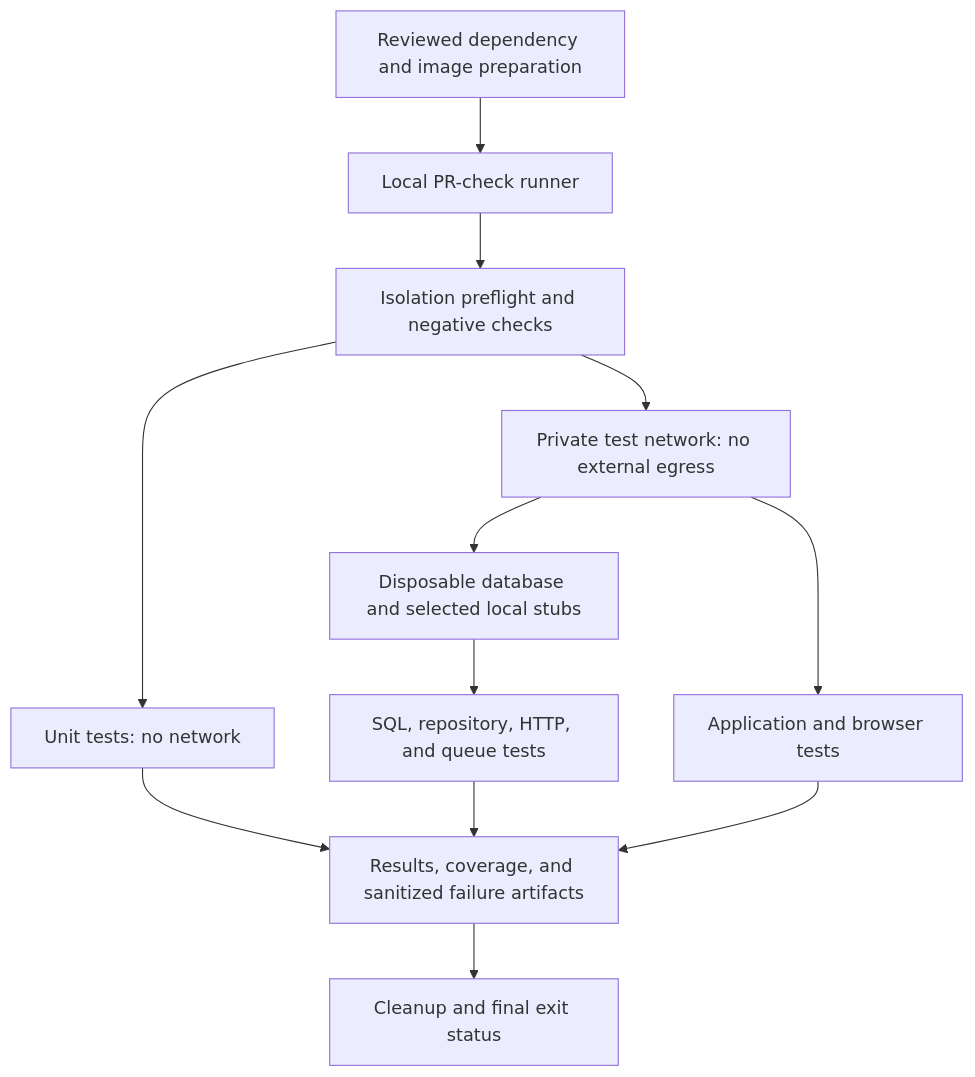
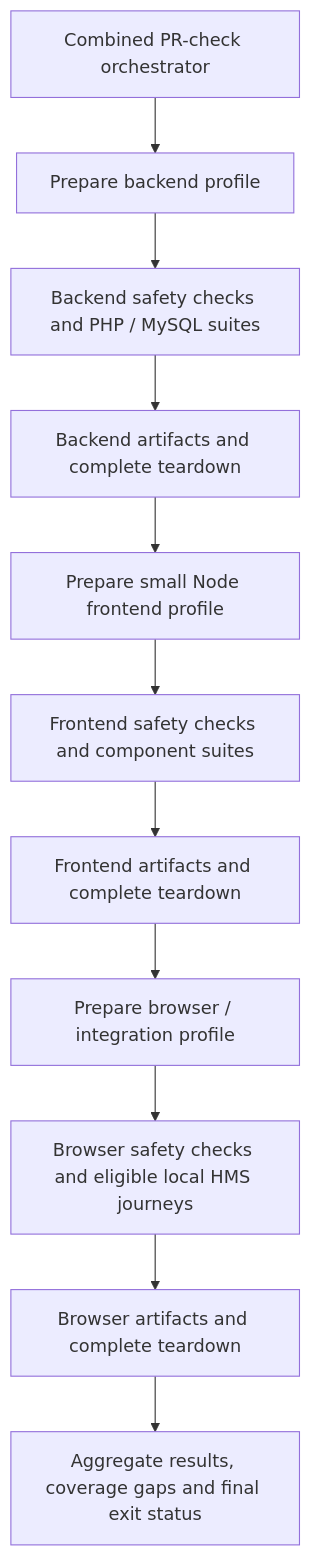
Before and after one commit to GregoryPye/hms2: the diagram in docs/tasks/#TBD_tools_regression_test_harness.md, drawn with Mermaid. The commit also changed other lines of this file and 26 other files, not shown here.

Commit message:
Test harness stage 2A - foundations and three-profile split

````diff
--- a/docs/tasks/#TBD_tools_regression_test_harness.md
+++ b/docs/tasks/#TBD_tools_regression_test_harness.md
@@ -110,14 +129,13 @@
 ```mermaid
 flowchart TD
-    A[Reviewed dependency and image preparation] --> B[Local PR-check runner]
-    B --> C[Isolation preflight and negative checks]
-    C --> D[Unit tests: no network]
-    C --> E[Private test network: no external egress]
-    E --> F[Disposable database and selected local stubs]
-    F --> G[SQL, repository, HTTP, and queue tests]
-    E --> H[Application and browser tests]
-    D --> I[Results, coverage, and sanitized failure artifacts]
-    G --> I
-    H --> I
-    I --> J[Cleanup and final exit status]
+    A[Combined PR-check orchestrator] --> B[Prepare backend profile]
+    B --> C[Backend safety checks and PHP / MySQL suites]
+    C --> D[Backend artifacts and complete teardown]
+    D --> E[Prepare small Node frontend profile]
+    E --> F[Frontend safety checks and component suites]
+    F --> G[Frontend artifacts and complete teardown]
+    G --> H[Prepare browser / integration profile]
+    H --> I[Browser safety checks and eligible local HMS journeys]
+    I --> J[Browser artifacts and complete teardown]
+    J --> K[Aggregate results, coverage gaps and final exit status]
 ```
````
